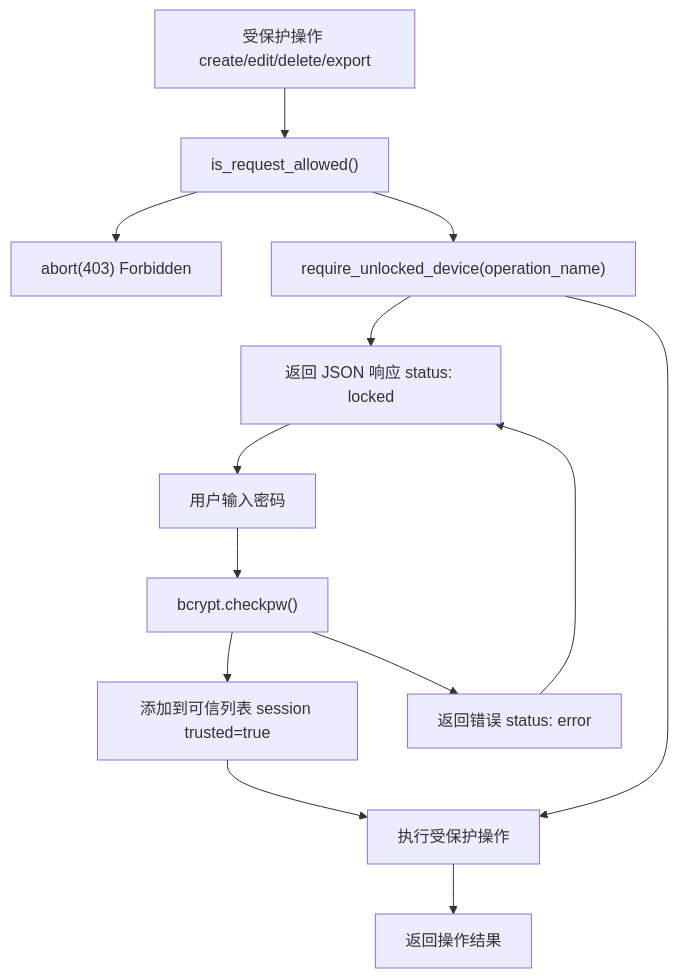
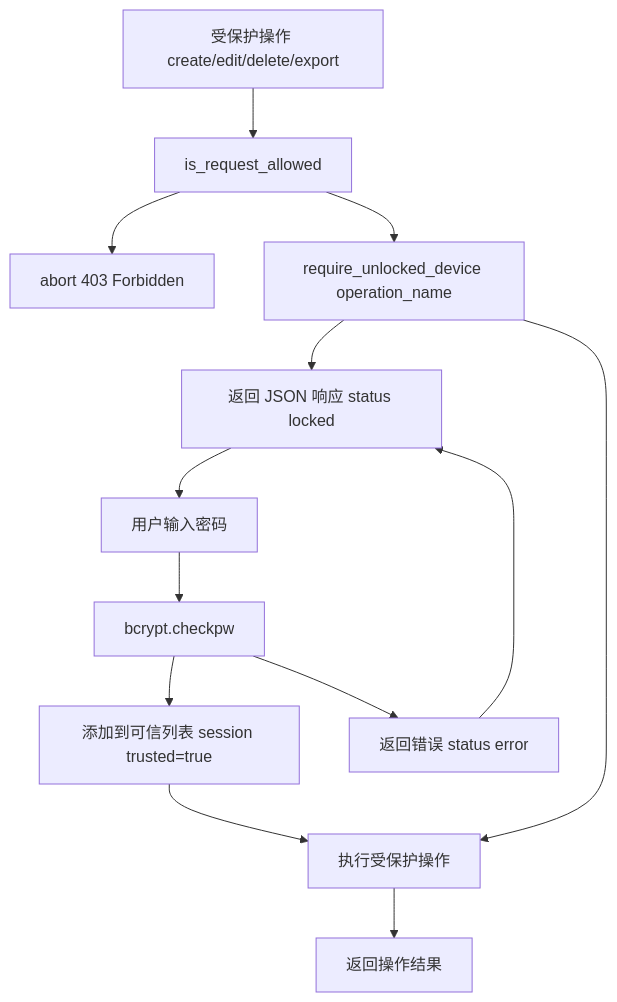
One commit to HKLHaoBin/LyricSphere changed diagram 29 of 44 in README.md. Above: the diagram before and after it, drawn with Mermaid. The commit also changed other lines of this file, not shown here.

First line of the commit message:
docs: 更新流程图中的文本格式和结构

````diff
--- a/README.md
+++ b/README.md
@@ -3010,27 +3007,28 @@
 ```mermaid
 flowchart TD
     Operation["受保护操作 create/edit/delete/export"]
-    IsAllowed["is_request_allowed()"]
-    RequireUnlock["require_unlocked_device(operation_name)"]
-    Deny403["abort(403) Forbidden"]
-    PasswordModal["返回 JSON 响应 status: locked"]
+    IsAllowed["is_request_allowed"]
+    RequireUnlock["require_unlocked_device operation_name"]
+    Deny403["abort 403 Forbidden"]
+    PasswordModal["返回 JSON 响应 status locked"]
     ExecuteOp["执行受保护操作"]
     UserInput["用户输入密码"]
-    PasswordVerify["bcrypt.checkpw()"]
+    PasswordVerify["bcrypt.checkpw"]
     MarkTrusted["添加到可信列表 session trusted=true"]
-    ErrorResponse["返回错误 status: error"]
+    ErrorResponse["返回错误 status error"]
     Result["返回操作结果"]
 
     Operation --> IsAllowed
     IsAllowed --> Deny403
     IsAllowed --> RequireUnlock
     RequireUnlock --> PasswordModal
     RequireUnlock --> ExecuteOp
     PasswordModal --> UserInput
     UserInput --> PasswordVerify
     PasswordVerify --> MarkTrusted
     PasswordVerify --> ErrorResponse
     MarkTrusted --> ExecuteOp
     ErrorResponse --> PasswordModal
     ExecuteOp --> Result
+
 ```
````
